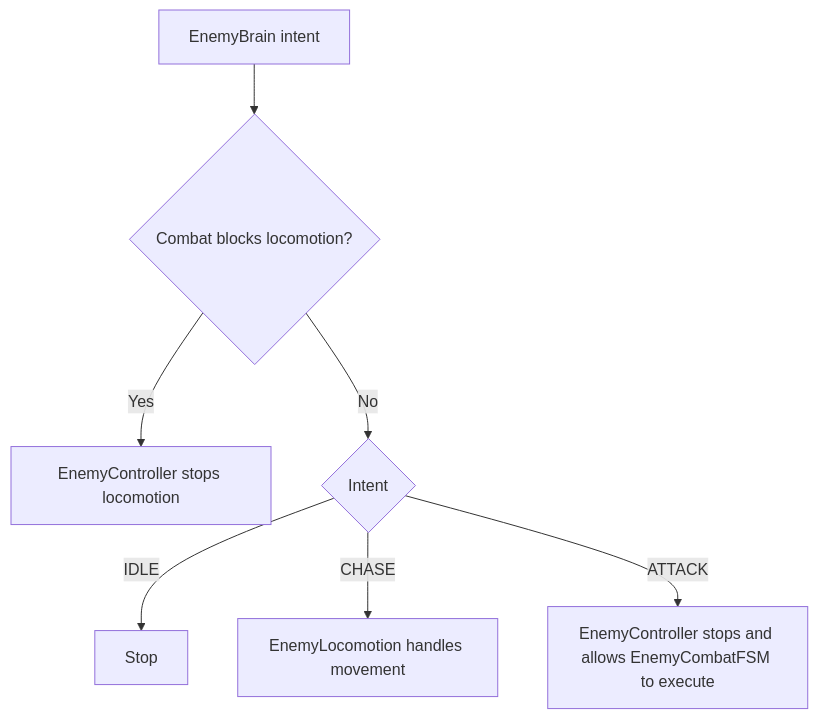
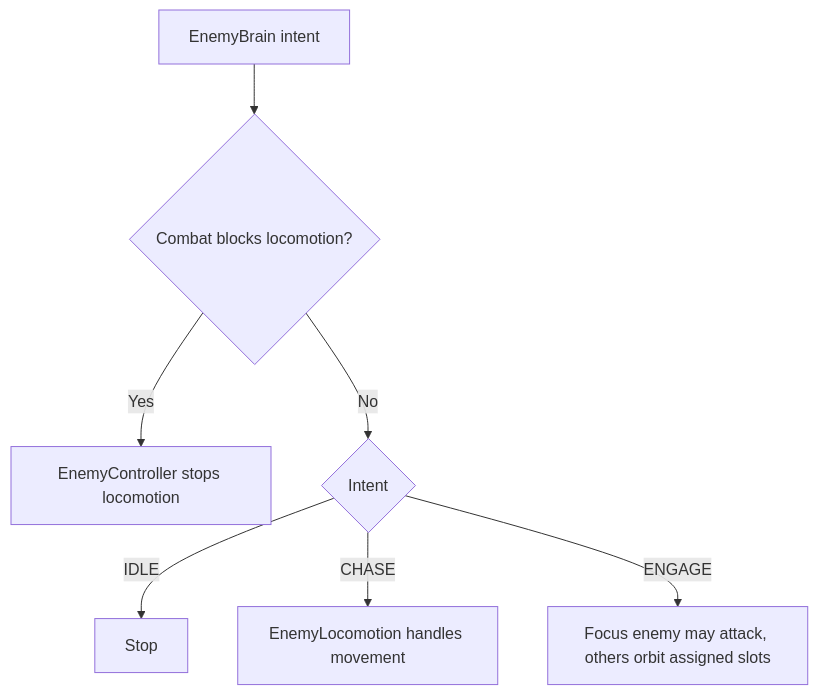
The second of 2 diagrams in Docs/AIArchitecture.md (Rakshit-Ranjan/CombatSystem), drawn with Mermaid before and after one commit. The commit also changed other lines of this file and 20 other files, not shown here.

````diff
--- a/Docs/AIArchitecture.md
+++ b/Docs/AIArchitecture.md
@@ -135,9 +138,9 @@
 ```mermaid
 flowchart TD
     A[EnemyBrain intent] --> B{Combat blocks locomotion?}
     B -->|Yes| C[EnemyController stops locomotion]
     B -->|No| D{Intent}
     D -->|IDLE| E[Stop]
     D -->|CHASE| F[EnemyLocomotion handles movement]
-    D -->|ATTACK| G[EnemyController stops and allows EnemyCombatFSM to execute]
+    D -->|ENGAGE| G[Focus enemy may attack, others orbit assigned slots]
 ```
````
